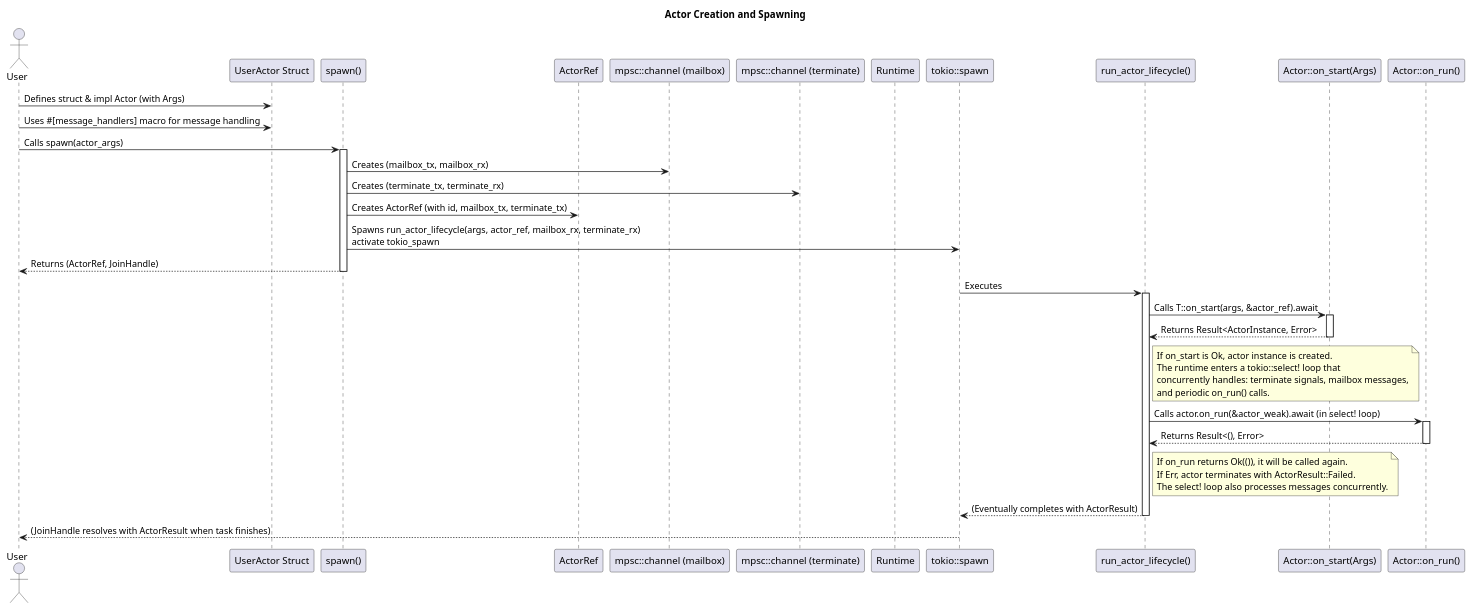
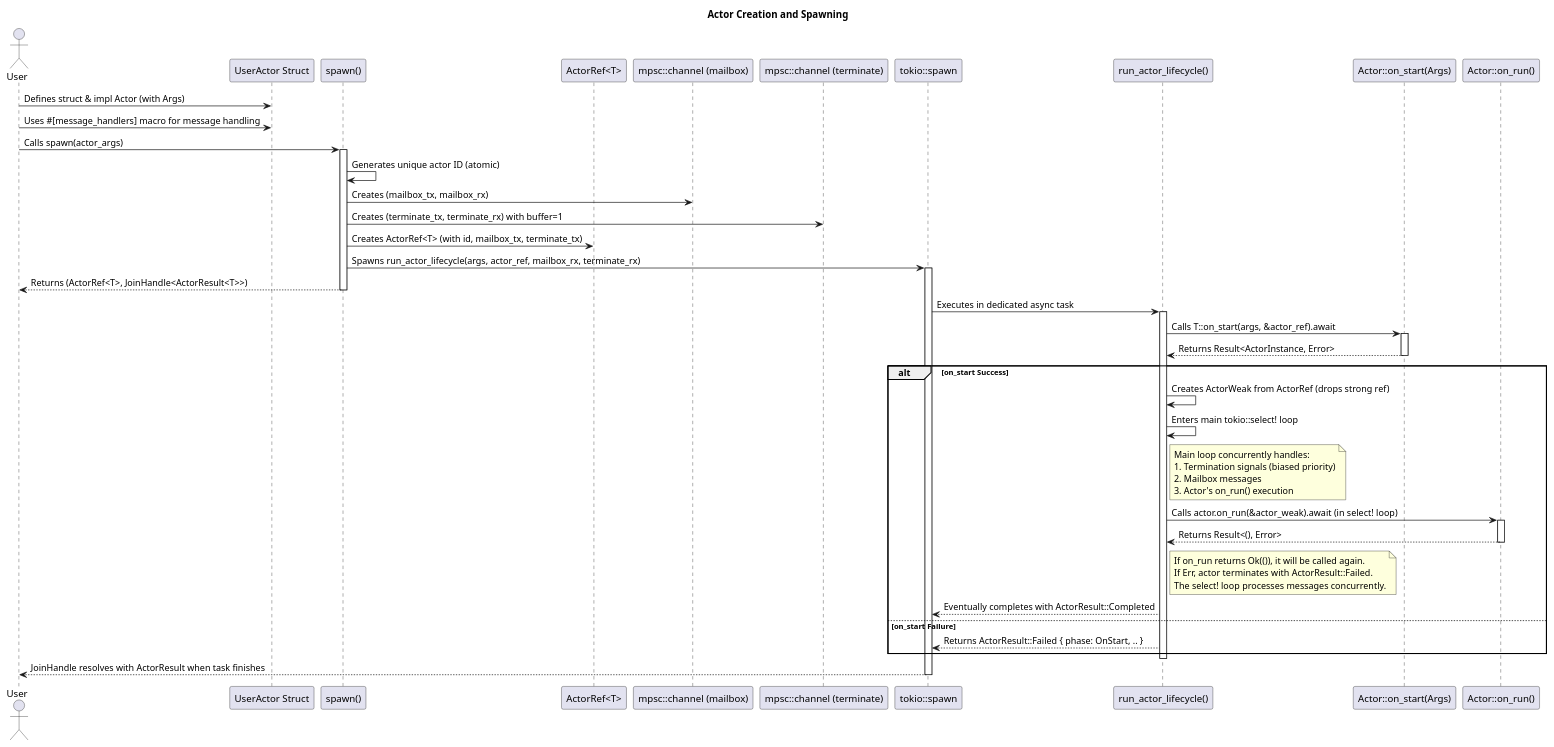
Before and after one commit to hiking90/rsactor: the diagram in docs/creation.puml, drawn with PlantUML. The commit also changed 27 other files, not shown here.

First line of the commit message:
Add comprehensive documentation and diagrams for rsActor framework

```diff
--- a/docs/creation.puml
+++ b/docs/creation.puml
@@ -1,56 +1,66 @@
 @startuml Actor Creation and Spawning
 title Actor Creation and Spawning
 
 actor User
 participant "UserActor Struct" as UserActor
 participant "spawn()" as spawn_func
-participant "ActorRef" as ActorRef_type
+participant "ActorRef<T>" as ActorRef_type
 participant "mpsc::channel (mailbox)" as MailboxChannel
 participant "mpsc::channel (terminate)" as TerminateChannel
-participant "Runtime" as Runtime_type
 participant "tokio::spawn" as tokio_spawn
 participant "run_actor_lifecycle()" as run_lifecycle
 participant "Actor::on_start(Args)" as on_start_method
 participant "Actor::on_run()" as on_run_method
 
 User -> UserActor: Defines struct & impl Actor (with Args)
 User -> UserActor: Uses #[message_handlers] macro for message handling
 User -> spawn_func: Calls spawn(actor_args)
 activate spawn_func
 
+spawn_func -> spawn_func: Generates unique actor ID (atomic)
 spawn_func -> MailboxChannel: Creates (mailbox_tx, mailbox_rx)
-spawn_func -> TerminateChannel: Creates (terminate_tx, terminate_rx)
-spawn_func -> ActorRef_type: Creates ActorRef (with id, mailbox_tx, terminate_tx)
-spawn_func -> tokio_spawn: Spawns run_actor_lifecycle(args, actor_ref, mailbox_rx, terminate_rx)\nactivate tokio_spawn
-spawn_func --> User: Returns (ActorRef, JoinHandle)
+spawn_func -> TerminateChannel: Creates (terminate_tx, terminate_rx) with buffer=1
+spawn_func -> ActorRef_type: Creates ActorRef<T> (with id, mailbox_tx, terminate_tx)
+spawn_func -> tokio_spawn: Spawns run_actor_lifecycle(args, actor_ref, mailbox_rx, terminate_rx)
+activate tokio_spawn
+spawn_func --> User: Returns (ActorRef<T>, JoinHandle<ActorResult<T>>)
 deactivate spawn_func
 
-tokio_spawn -> run_lifecycle: Executes
+tokio_spawn -> run_lifecycle: Executes in dedicated async task
 activate run_lifecycle
 run_lifecycle -> on_start_method: Calls T::on_start(args, &actor_ref).await
 activate on_start_method
 on_start_method --> run_lifecycle: Returns Result<ActorInstance, Error>
 deactivate on_start_method
 
-note right of run_lifecycle
-  If on_start is Ok, actor instance is created.
-  The runtime enters a tokio::select! loop that
-  concurrently handles: terminate signals, mailbox messages,
-  and periodic on_run() calls.
-end note
-run_lifecycle -> on_run_method: Calls actor.on_run(&actor_weak).await (in select! loop)
-activate on_run_method
-on_run_method --> run_lifecycle: Returns Result<(), Error>
-deactivate on_run_method
-note right of run_lifecycle
-  If on_run returns Ok(()), it will be called again.
-  If Err, actor terminates with ActorResult::Failed.
-  The select! loop also processes messages concurrently.
-end note
+alt on_start Success
+  run_lifecycle -> run_lifecycle: Creates ActorWeak from ActorRef (drops strong ref)
+  run_lifecycle -> run_lifecycle: Enters main tokio::select! loop
+  note right of run_lifecycle
+    Main loop concurrently handles:
+    1. Termination signals (biased priority)
+    2. Mailbox messages
+    3. Actor's on_run() execution
+  end note
 
-run_lifecycle --> tokio_spawn: (Eventually completes with ActorResult)
+  run_lifecycle -> on_run_method: Calls actor.on_run(&actor_weak).await (in select! loop)
+  activate on_run_method
+  on_run_method --> run_lifecycle: Returns Result<(), Error>
+  deactivate on_run_method
+
+  note right of run_lifecycle
+    If on_run returns Ok(()), it will be called again.
+    If Err, actor terminates with ActorResult::Failed.
+    The select! loop processes messages concurrently.
+  end note
+
+  run_lifecycle --> tokio_spawn: Eventually completes with ActorResult::Completed
+else on_start Failure
+  run_lifecycle --> tokio_spawn: Returns ActorResult::Failed { phase: OnStart, .. }
+end
+
 deactivate run_lifecycle
-tokio_spawn --> User: (JoinHandle resolves with ActorResult when task finishes)
+tokio_spawn --> User: JoinHandle resolves with ActorResult when task finishes
 deactivate tokio_spawn
 
 @enduml
```
